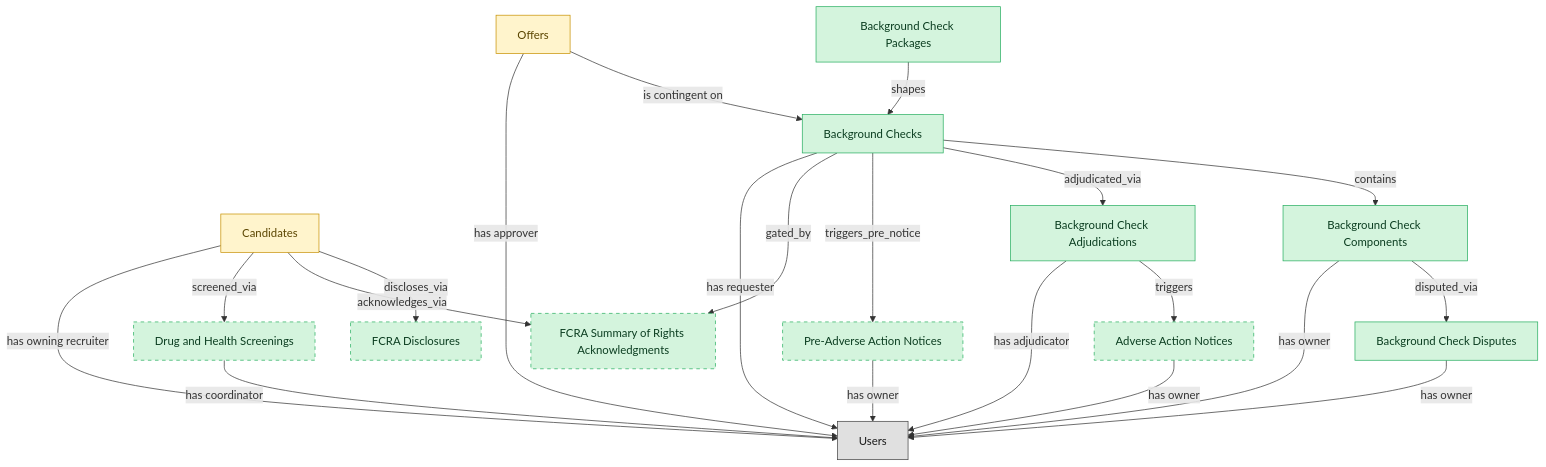
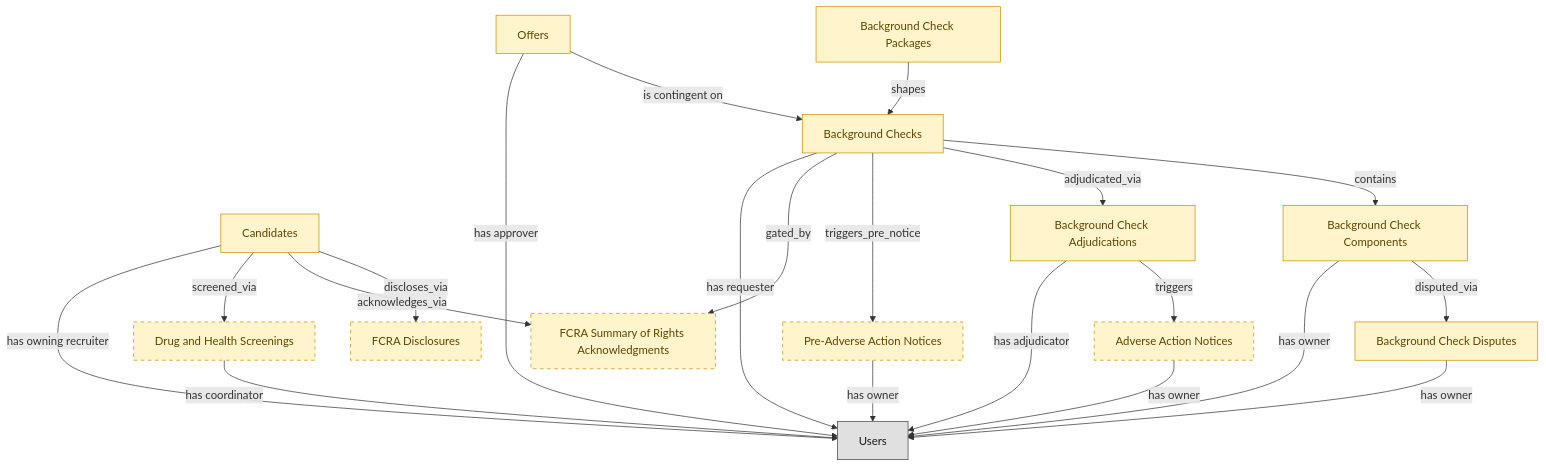
One commit to semantius/semantius changed the diagram in blueprints/ats-background-checks-semantic-blueprint.md. Above: the diagram before and after it, drawn with Mermaid. The commit also changed other lines of this file and 120 other files, not shown here.

````diff
--- a/blueprints/ats-background-checks-semantic-blueprint.md
+++ b/blueprints/ats-background-checks-semantic-blueprint.md
@@ -44,57 +44,56 @@
 ```mermaid
 flowchart TD
-  classDef master fill:#d4f4dd,stroke:#27ae60,color:#0b3d20;
   classDef embedded_master fill:#fff4cc,stroke:#c79100,color:#5b4500;
   classDef platform_builtin fill:#e0e0e0,stroke:#424242,color:#1a1a1a;
-  background_checks["Background Checks"]
   candidates["Candidates"]
   job_offers["Offers"]
+  background_check_components["Background Check Components"]
+  background_check_disputes["Background Check Disputes"]
+  background_check_adjudications["Background Check Adjudications"]
+  fcra_disclosures["FCRA Disclosures"]
+  adverse_action_notices["Adverse Action Notices"]
+  fcra_summary_of_rights_acknowledgements["FCRA Summary of Rights Acknowledgments"]
+  background_checks["Background Checks"]
   background_check_packages["Background Check Packages"]
-  background_check_components["Background Check Components"]
-  background_check_adjudications["Background Check Adjudications"]
-  background_check_disputes["Background Check Disputes"]
-  fcra_disclosures["FCRA Disclosures"]
+  drug_health_screenings["Drug and Health Screenings"]
   pre_adverse_action_notices["Pre-Adverse Action Notices"]
-  fcra_summary_of_rights_acknowledgements["FCRA Summary of Rights Acknowledgments"]
-  adverse_action_notices["Adverse Action Notices"]
-  drug_health_screenings["Drug and Health Screenings"]
   users["Users"]
   background_checks -->|"contains"| background_check_components
   background_check_packages -->|"shapes"| background_checks
   candidates -->|"discloses_via"| fcra_disclosures
   background_checks -->|"adjudicated_via"| background_check_adjudications
   background_check_adjudications -->|"triggers"| adverse_action_notices
   background_check_components -->|"disputed_via"| background_check_disputes
   candidates -->|"acknowledges_via"| fcra_summary_of_rights_acknowledgements
   background_checks -->|"triggers_pre_notice"| pre_adverse_action_notices
   background_checks -->|"gated_by"| fcra_summary_of_rights_acknowledgements
   job_offers -->|"is contingent on"| background_checks
   candidates -->|"screened_via"| drug_health_screenings
   candidates -->|"has owning recruiter"| users
   background_checks -->|"has requester"| users
   background_check_components -->|"has owner"| users
   background_check_adjudications -->|"has adjudicator"| users
   adverse_action_notices -->|"has owner"| users
   background_check_disputes -->|"has owner"| users
   pre_adverse_action_notices -->|"has owner"| users
   job_offers -->|"has approver"| users
   drug_health_screenings -->|"has coordinator"| users
-  class background_checks master;
   class candidates embedded_master;
   class job_offers embedded_master;
-  class background_check_packages master;
-  class background_check_components master;
-  class background_check_adjudications master;
-  class background_check_disputes master;
-  class fcra_disclosures master;
-  class pre_adverse_action_notices master;
-  class fcra_summary_of_rights_acknowledgements master;
-  class adverse_action_notices master;
-  class drug_health_screenings master;
+  class background_check_components embedded_master;
+  class background_check_disputes embedded_master;
+  class background_check_adjudications embedded_master;
+  class fcra_disclosures embedded_master;
+  class adverse_action_notices embedded_master;
+  class fcra_summary_of_rights_acknowledgements embedded_master;
+  class background_checks embedded_master;
+  class background_check_packages embedded_master;
+  class drug_health_screenings embedded_master;
+  class pre_adverse_action_notices embedded_master;
   class users platform_builtin;
   style fcra_disclosures stroke-dasharray:5 5;
+  style adverse_action_notices stroke-dasharray:5 5;
+  style fcra_summary_of_rights_acknowledgements stroke-dasharray:5 5;
+  style drug_health_screenings stroke-dasharray:5 5;
   style pre_adverse_action_notices stroke-dasharray:5 5;
-  style fcra_summary_of_rights_acknowledgements stroke-dasharray:5 5;
-  style adverse_action_notices stroke-dasharray:5 5;
-  style drug_health_screenings stroke-dasharray:5 5;
 ```
````
